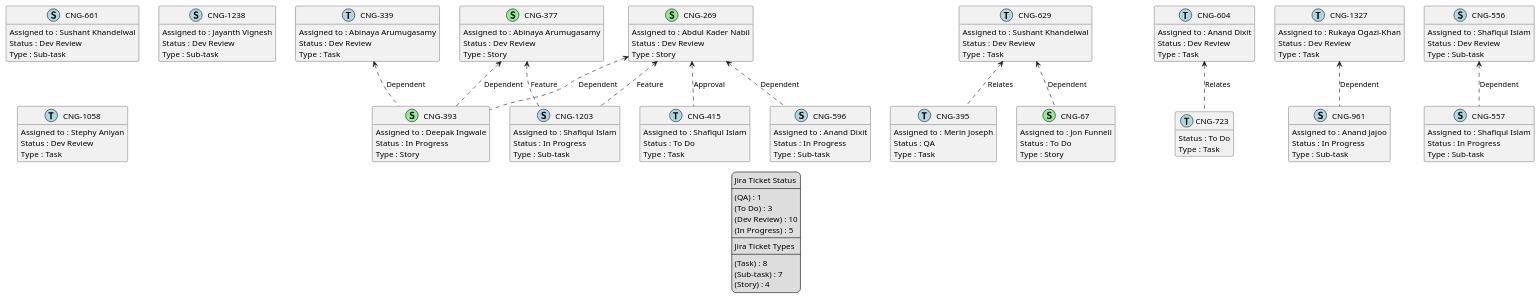
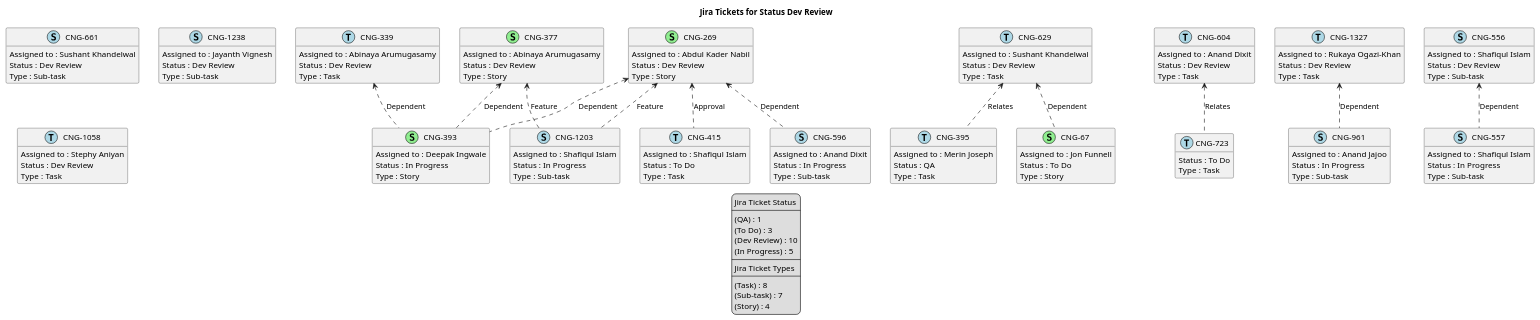
The diagram in temp/jira-Status-Dev_Review.puml (brunasti/jiraplotter), drawn with PlantUML before and after one commit. The commit also changed 67 other files, not shown here.

Commit message:
Adds title in diagrams

```diff
--- a/temp/jira-Status-Dev_Review.puml
+++ b/temp/jira-Status-Dev_Review.puml
@@ -1,156 +1,157 @@
 @startuml
 'https://plantuml.com/class-diagram
 
 ' GENERATE CLASS DIAGRAM ===========
-' Generated at    : Thu Apr 18 10:28:35 CEST 2024
+' Generated at    : Thu Apr 18 11:01:10 CEST 2024
 
+title Jira Tickets for Status Dev Review
 hide empty members
 
 legend
 Jira Ticket Status
 ----
 (QA) : 1
 (To Do) : 3
 (Dev Review) : 10
 (In Progress) : 5
 ----
 Jira Ticket Types
 ----
 (Task) : 8
 (Sub-task) : 7
 (Story) : 4
 end legend
 
 
 ' Tickets =======
 class "CNG-393" << (S,lightgreen) >> {
   Assigned to : Deepak Ingwale
   Status : In Progress
   Type : Story
 }
 
 class "CNG-395" << (T,lightblue) >> {
   Assigned to : Merin Joseph
   Status : QA
   Type : Task
 }
 
 class "CNG-604" << (T,lightblue) >> {
   Assigned to : Anand Dixit
   Status : Dev Review
   Type : Task
 }
 
 class "CNG-339" << (T,lightblue) >> {
   Assigned to : Abinaya Arumugasamy
   Status : Dev Review
   Type : Task
 }
 
 class "CNG-67" << (S,lightgreen) >> {
   Assigned to : Jon Funnell
   Status : To Do
   Type : Story
 }
 
 class "CNG-629" << (T,lightblue) >> {
   Assigned to : Sushant Khandelwal
   Status : Dev Review
   Type : Task
 }
 
 class "CNG-1327" << (T,lightblue) >> {
   Assigned to : Rukaya Ogazi-Khan
   Status : Dev Review
   Type : Task
 }
 
 class "CNG-596" << (S,lightblue) >> {
   Assigned to : Anand Dixit
   Status : In Progress
   Type : Sub-task
 }
 
 class "CNG-661" << (S,lightblue) >> {
   Assigned to : Sushant Khandelwal
   Status : Dev Review
   Type : Sub-task
 }
 
 class "CNG-1238" << (S,lightblue) >> {
   Assigned to : Jayanth Vignesh
   Status : Dev Review
   Type : Sub-task
 }
 
 class "CNG-961" << (S,lightblue) >> {
   Assigned to : Anand Jajoo
   Status : In Progress
   Type : Sub-task
 }
 
 class "CNG-377" << (S,lightgreen) >> {
   Assigned to : Abinaya Arumugasamy
   Status : Dev Review
   Type : Story
 }
 
 class "CNG-1203" << (S,lightblue) >> {
   Assigned to : Shafiqul Islam
   Status : In Progress
   Type : Sub-task
 }
 
 class "CNG-556" << (S,lightblue) >> {
   Assigned to : Shafiqul Islam
   Status : Dev Review
   Type : Sub-task
 }
 
 class "CNG-269" << (S,lightgreen) >> {
   Assigned to : Abdul Kader Nabil
   Status : Dev Review
   Type : Story
 }
 
 class "CNG-1058" << (T,lightblue) >> {
   Assigned to : Stephy Aniyan
   Status : Dev Review
   Type : Task
 }
 
 class "CNG-723" << (T,lightblue) >> {
   Status : To Do
   Type : Task
 }
 
 class "CNG-415" << (T,lightblue) >> {
   Assigned to : Shafiqul Islam
   Status : To Do
   Type : Task
 }
 
 class "CNG-557" << (S,lightblue) >> {
   Assigned to : Shafiqul Islam
   Status : In Progress
   Type : Sub-task
 }
 
 
 
 ' Links =======
 "CNG-1327" <.. "CNG-961" : Dependent
 "CNG-339" <.. "CNG-393" : Dependent
 "CNG-556" <.. "CNG-557" : Dependent
 "CNG-629" <.. "CNG-67" : Dependent
 "CNG-629" <.. "CNG-395" : Relates
 "CNG-604" <.. "CNG-723" : Relates
 "CNG-377" <.. "CNG-393" : Dependent
 "CNG-377" <.. "CNG-1203" : Feature
 "CNG-269" <.. "CNG-415" : Approval
 "CNG-269" <.. "CNG-596" : Dependent
 "CNG-269" <.. "CNG-393" : Dependent
 "CNG-269" <.. "CNG-1203" : Feature
 
 
 @enduml
```
